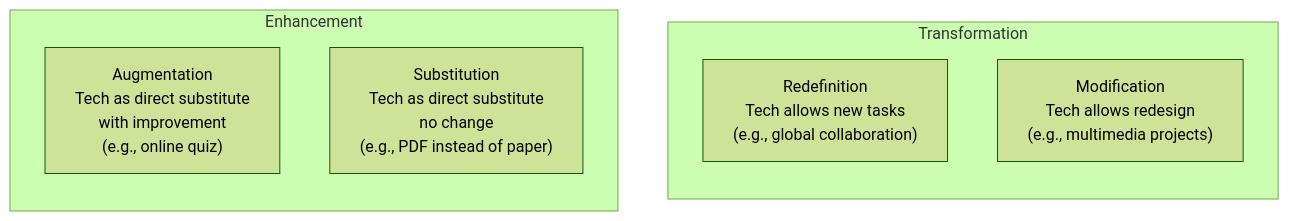
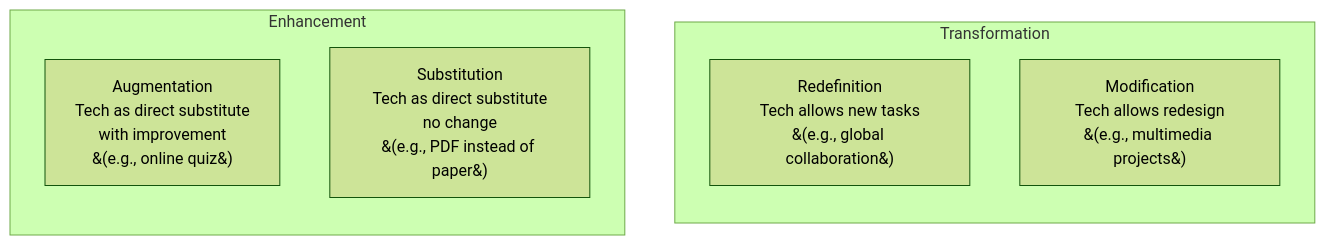
Before and after one commit to oat431/general-knowledge: the diagram in career/teacher/05_Educational_Technology_and_Innovation.md, drawn with Mermaid (forest theme). The commit also changed 29 other files, not shown here.

Commit message:
vault backup: 2026-07-28 00:14:47: add lawyer note and fix a error diagram

````diff
--- a/career/teacher/05_Educational_Technology_and_Innovation.md
+++ b/career/teacher/05_Educational_Technology_and_Innovation.md
@@ -26,11 +26,11 @@
 ```mermaid
-graph BT
+flowchart BT
     subgraph "Transformation"
-        R["Redefinition<br/>Tech allows new tasks<br/>(e.g., global collaboration)"]
-        M["Modification<br/>Tech allows redesign<br/>(e.g., multimedia projects)"]
+        R["Redefinition<br/>Tech allows new tasks<br/>&#40;e.g., global collaboration&#41;"]
+        M["Modification<br/>Tech allows redesign<br/>&#40;e.g., multimedia projects&#41;"]
     end
     subgraph "Enhancement"
-        A["Augmentation<br/>Tech as direct substitute<br/>with improvement<br/>(e.g., online quiz)"]
-        S["Substitution<br/>Tech as direct substitute<br/>no change<br/>(e.g., PDF instead of paper)"]
+        A["Augmentation<br/>Tech as direct substitute<br/>with improvement<br/>&#40;e.g., online quiz&#41;"]
+        S["Substitution<br/>Tech as direct substitute<br/>no change<br/>&#40;e.g., PDF instead of paper&#41;"]
     end
 ```
````
